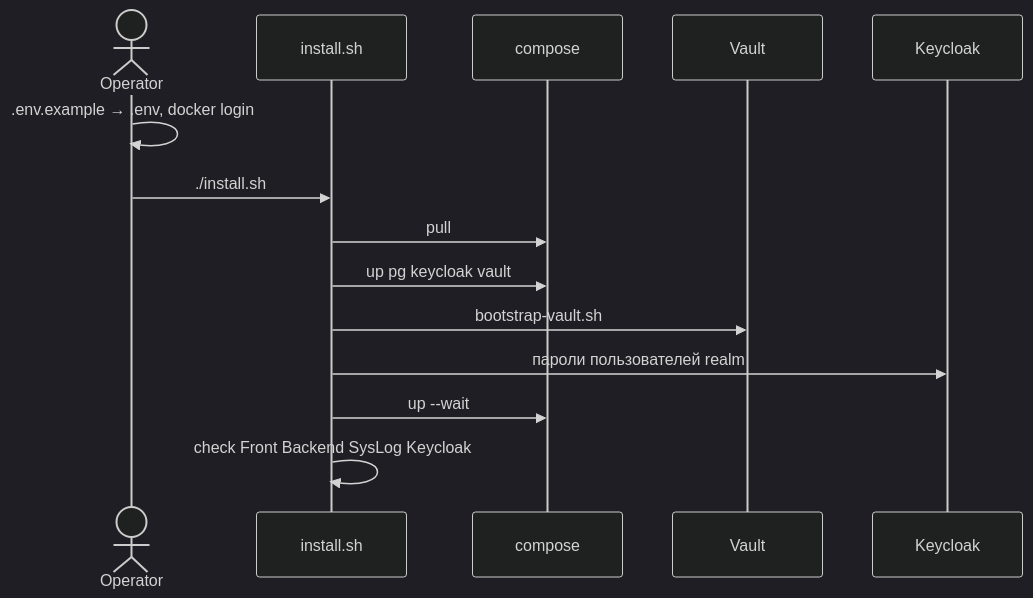
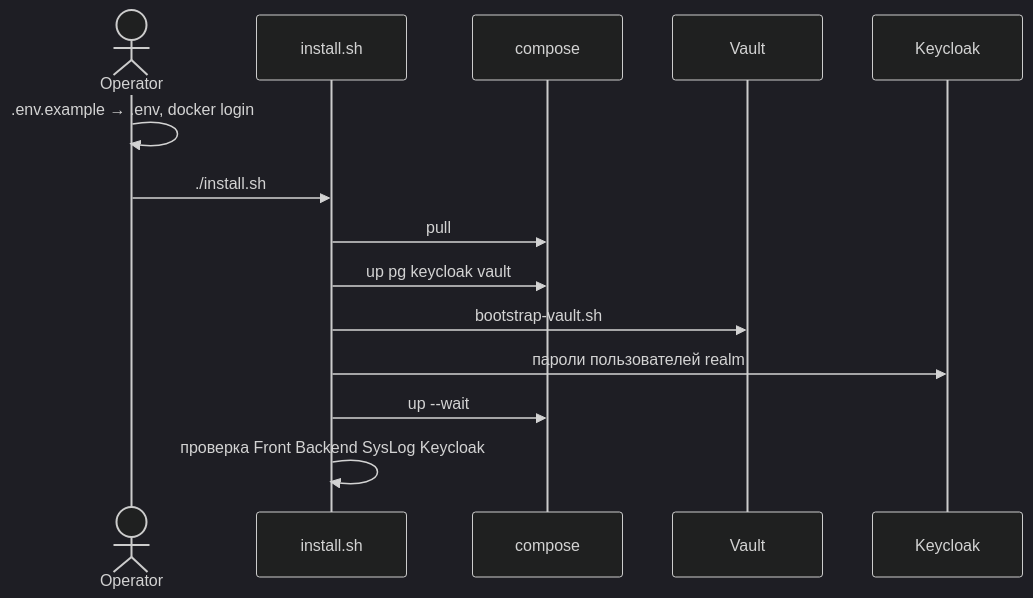
One commit to rightsoftware-ru/unicnet.enterprise changed the second of 2 diagrams in INITIAL_DEPLOYMENT.md. Above: the diagram before and after it, drawn with Mermaid (dark theme). The commit also changed other lines of this file and 6 other files, not shown here.

First line of the commit message:
Refresh deployment docs and redesign architecture diagrams.

````diff
--- a/INITIAL_DEPLOYMENT.md
+++ b/INITIAL_DEPLOYMENT.md
@@ -104,16 +136,16 @@
 ```mermaid
 sequenceDiagram
   actor Op as Operator
   participant S as install.sh
   participant C as compose
   participant V as Vault
   participant KC as Keycloak
   Op->>Op: .env.example → .env, docker login
   Op->>S: ./install.sh
   S->>C: pull
   S->>C: up pg keycloak vault
   S->>V: bootstrap-vault.sh
   S->>KC: пароли пользователей realm
   S->>C: up --wait
-  S->>S: check Front Backend SysLog Keycloak
+  S->>S: проверка Front Backend SysLog Keycloak
 ```
````
